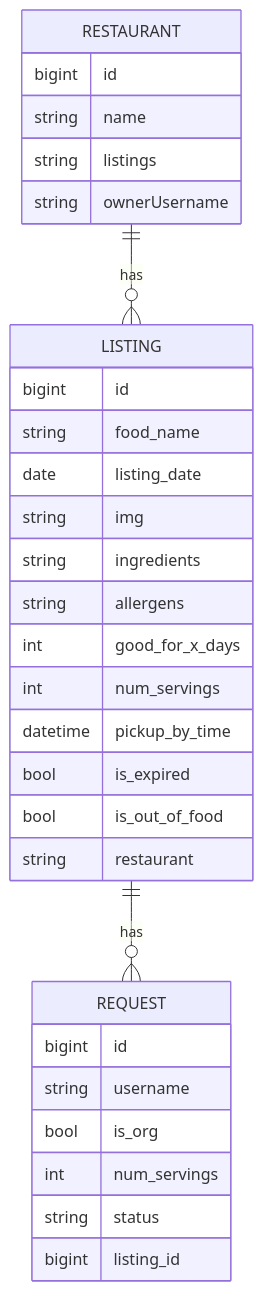
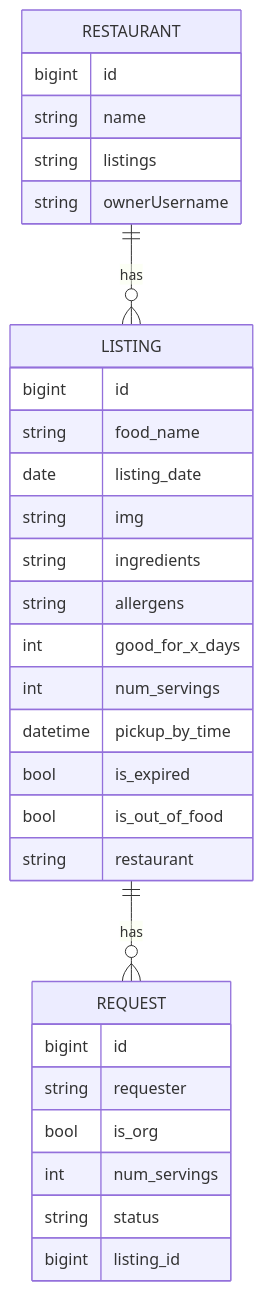
Before and after one commit to cindywongdev/capstone-backend: the diagram in README.md, drawn with Mermaid. The commit also changed 3 other files, not shown here.

````diff
--- a/README.md
+++ b/README.md
@@ -13,33 +13,33 @@
 ```mermaid
 erDiagram
     RESTAURANT ||--o{ LISTING: has
     LISTING ||--o{ REQUEST: has
     RESTAURANT {
         bigint id
         string name
         string listings
         string ownerUsername
     }
     LISTING {
         bigint  id
         string  food_name
         date    listing_date
         string  img
         string  ingredients
         string  allergens
         int     good_for_x_days
         int     num_servings
         datetime    pickup_by_time
         bool    is_expired
         bool    is_out_of_food
         string  restaurant
     }
     REQUEST {
         bigint  id
-        string  username
+        string  requester
         bool    is_org
         int     num_servings
         string  status
         bigint  listing_id
     }
 ```
````
